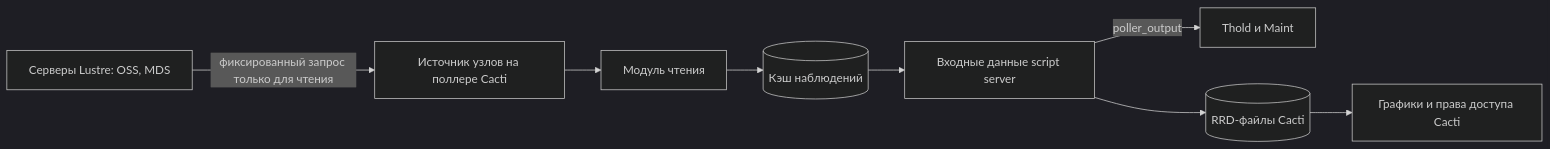
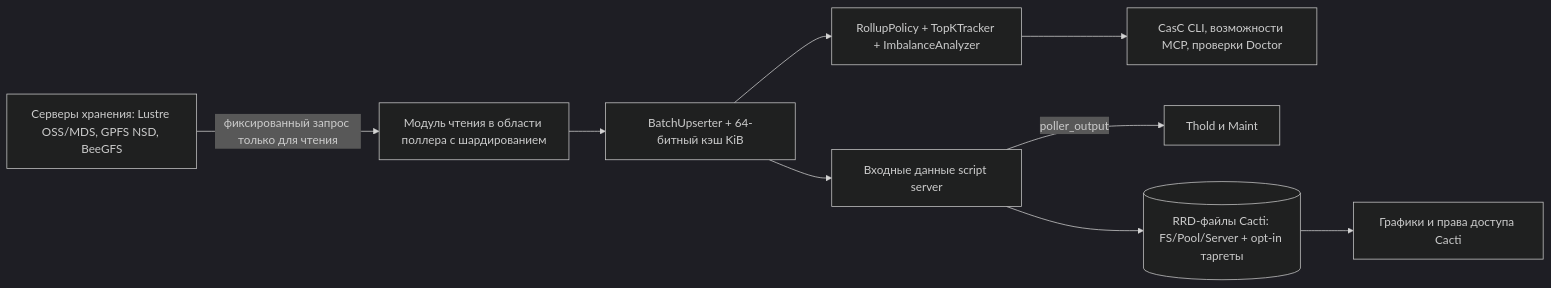
The diagram in docs/i18n/ru-RU/README.md (somethingwithproof/plugin_pfs), drawn with Mermaid (dark theme) before and after one commit. The commit also changed other lines of this file and 47 other files, not shown here.

````diff
--- a/docs/i18n/ru-RU/README.md
+++ b/docs/i18n/ru-RU/README.md
@@ -74,10 +82,11 @@
 ```mermaid
 flowchart LR
-    N[Серверы Lustre: OSS, MDS] -->|фиксированный запрос только для чтения| S[Источник узлов на поллере Cacti]
-    S --> R[Модуль чтения]
-    R --> C[(Кэш наблюдений)]
-    C --> SS[Входные данные script server]
-    SS -->|poller_output| T[Thold и Maint]
-    SS --> RRD[(RRD-файлы Cacti)]
-    RRD --> G[Графики и права доступа Cacti]
+    N["Серверы хранения: Lustre OSS/MDS, GPFS NSD, BeeGFS"] -->|фиксированный запрос только для чтения| S["Модуль чтения в области поллера с шардированием"]
+    S --> B["BatchUpserter + 64-битный кэш KiB"]
+    B --> R["RollupPolicy + TopKTracker + ImbalanceAnalyzer"]
+    B --> SS["Входные данные script server"]
+    R --> ECO["CasC CLI, возможности MCP, проверки Doctor"]
+    SS -->|poller_output| T["Thold и Maint"]
+    SS --> RRD[("RRD-файлы Cacti: FS/Pool/Server + opt-in таргеты")]
+    RRD --> G["Графики и права доступа Cacti"]
 ```
````
